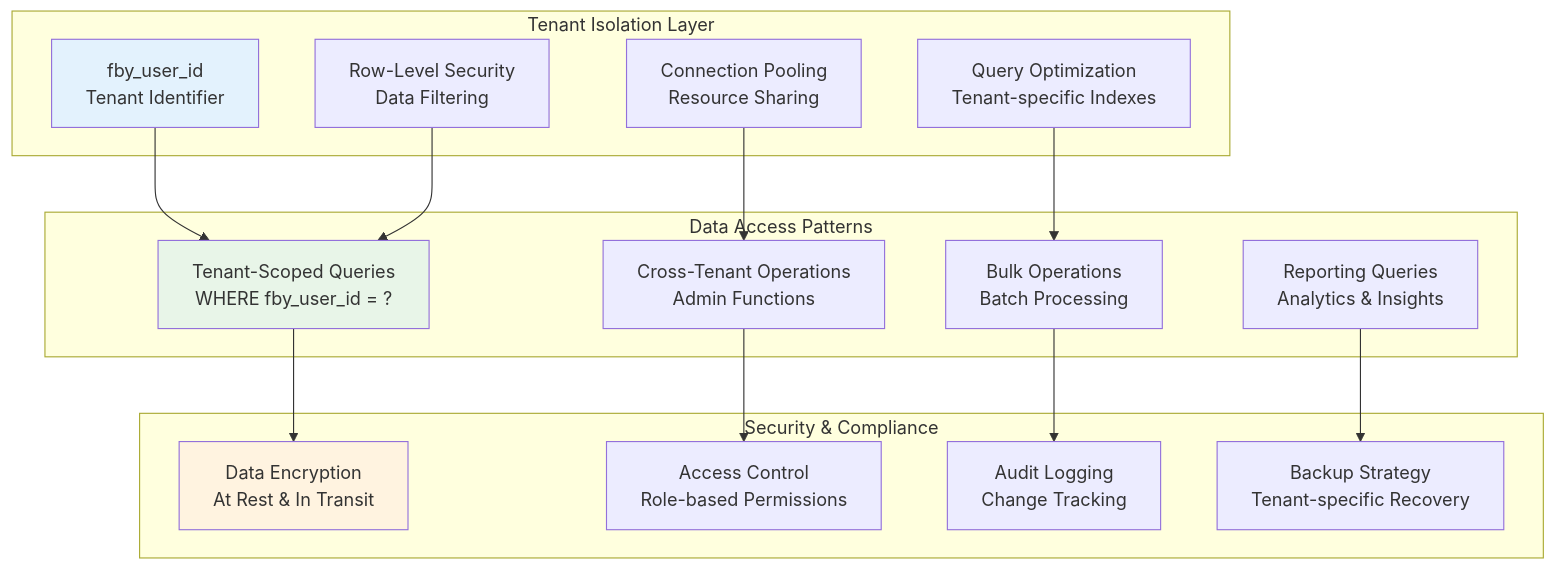
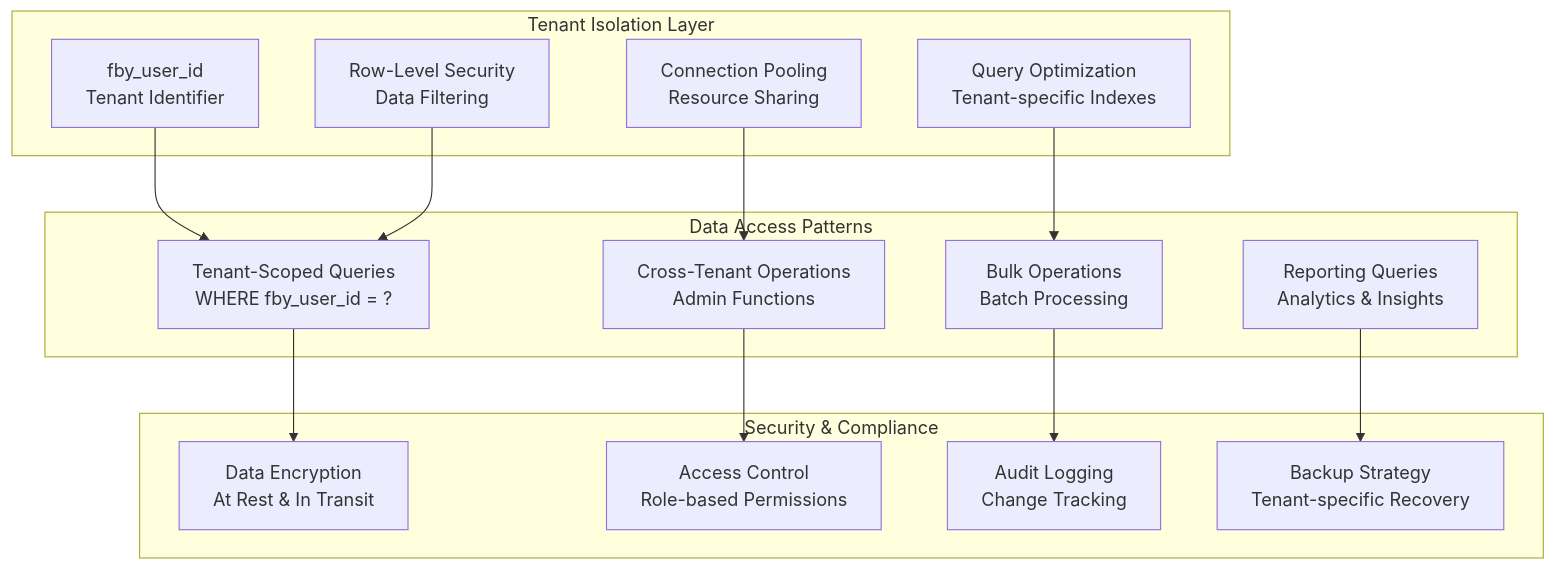
Before and after one commit to sandeepkumar0801/Digihub: diagram 26 of 44 in README.md, drawn with Mermaid. The commit also changed other lines of this file, not shown here.

Commit message:
update diagram index

````diff
--- a/README.md
+++ b/README.md
@@ -4247,37 +4105,37 @@
 ```mermaid
 graph TD
     subgraph "Tenant Isolation Layer"
         A[fby_user_id<br/>Tenant Identifier]
         B[Row-Level Security<br/>Data Filtering]
         C[Connection Pooling<br/>Resource Sharing]
         D[Query Optimization<br/>Tenant-specific Indexes]
     end
 
     subgraph "Data Access Patterns"
         E[Tenant-Scoped Queries<br/>WHERE fby_user_id = ?]
         F[Cross-Tenant Operations<br/>Admin Functions]
         G[Bulk Operations<br/>Batch Processing]
         H[Reporting Queries<br/>Analytics & Insights]
     end
 
     subgraph "Security & Compliance"
         I[Data Encryption<br/>At Rest & In Transit]
         J[Access Control<br/>Role-based Permissions]
         K[Audit Logging<br/>Change Tracking]
         L[Backup Strategy<br/>Tenant-specific Recovery]
     end
 
     A --> E
     B --> E
     C --> F
     D --> G
 
     E --> I
     F --> J
     G --> K
     H --> L
 
-    style A fill:#e3f2fd
-    style E fill:#e8f5e8
-    style I fill:#fff3e0
+
+
+
 ```
````
